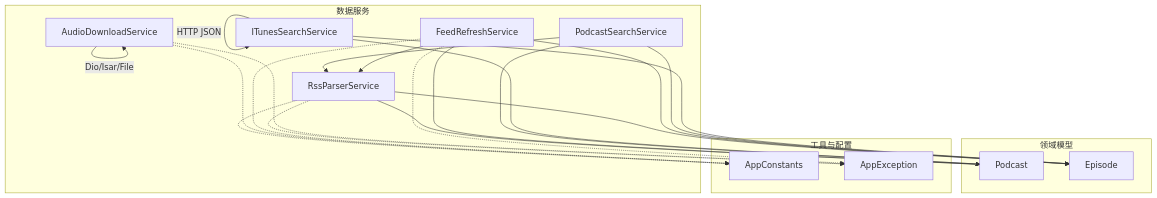
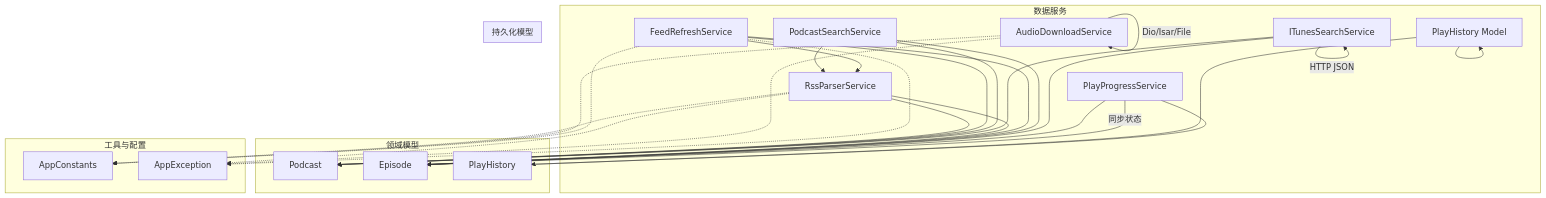
The first of 10 diagrams in .qoder/repowiki/zh/content/API 参考/数据服务 API.md (ZTfer/Tinycast), drawn with Mermaid before and after one commit. The commit also changed other lines of this file and 187 other files, not shown here.

````diff
--- a/.qoder/repowiki/zh/content/API 参考/数据服务 API.md
+++ b/.qoder/repowiki/zh/content/API 参考/数据服务 API.md
@@ -46,36 +63,47 @@
 ```mermaid
 graph TB
 subgraph "数据服务"
 PSS["PodcastSearchService"]
 RPS["RssParserService"]
 ITS["ITunesSearchService"]
 ADS["AudioDownloadService"]
 FRS["FeedRefreshService"]
+PHM["PlayHistoryMapper"]
+PPS["PlayProgressService"]
 end
 subgraph "领域模型"
 POD["Podcast"]
 EP["Episode"]
+PH["PlayHistory"]
+end
+subgraph "持久化模型"
+PHM["PlayHistory Model"]
 end
 subgraph "工具与配置"
 AC["AppConstants"]
 AE["AppException"]
 end
 PSS --> RPS
 FRS --> RPS
 ITS --> |HTTP JSON| ITS
 ADS --> |Dio/Isar/File| ADS
 RPS --> POD
 RPS --> EP
 FRS --> POD
 FRS --> EP
 PSS --> POD
 PSS --> EP
 ITS --> POD
 ITS --> EP
 RPS -.-> AC
 RPS -.-> AE
 ADS -.-> AC
 ADS -.-> AE
 FRS -.-> AC
 FRS -.-> AE
+PHM --> PH
+PHM --> PHM
+PPS --> PH
+PPS --> EP
+PPS --> |同步状态| EP
 ```
````
